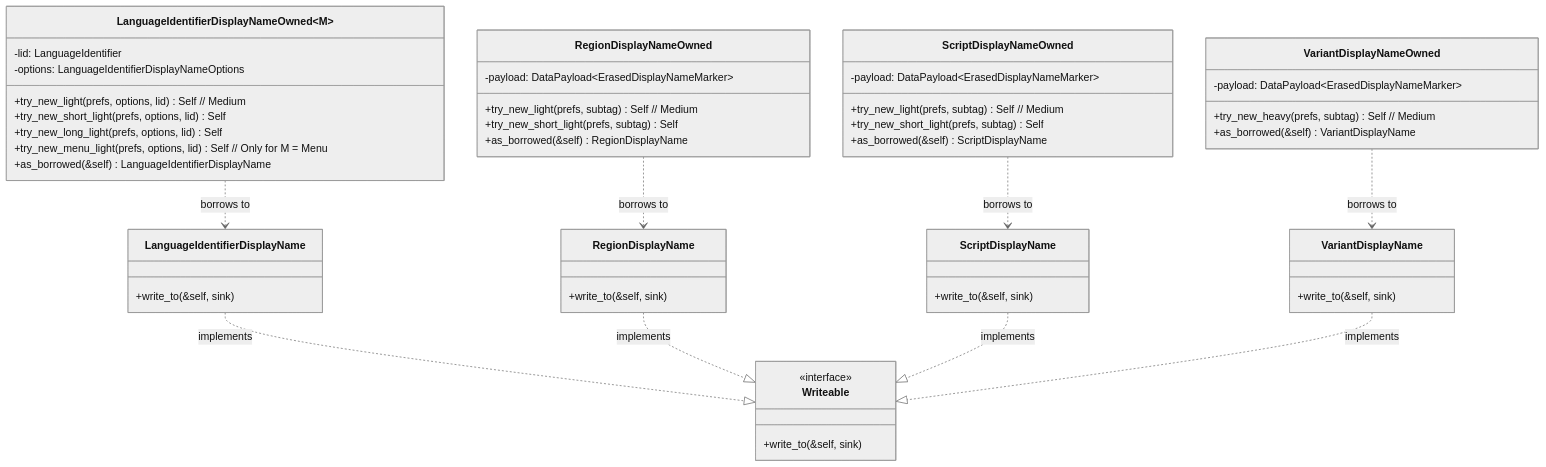
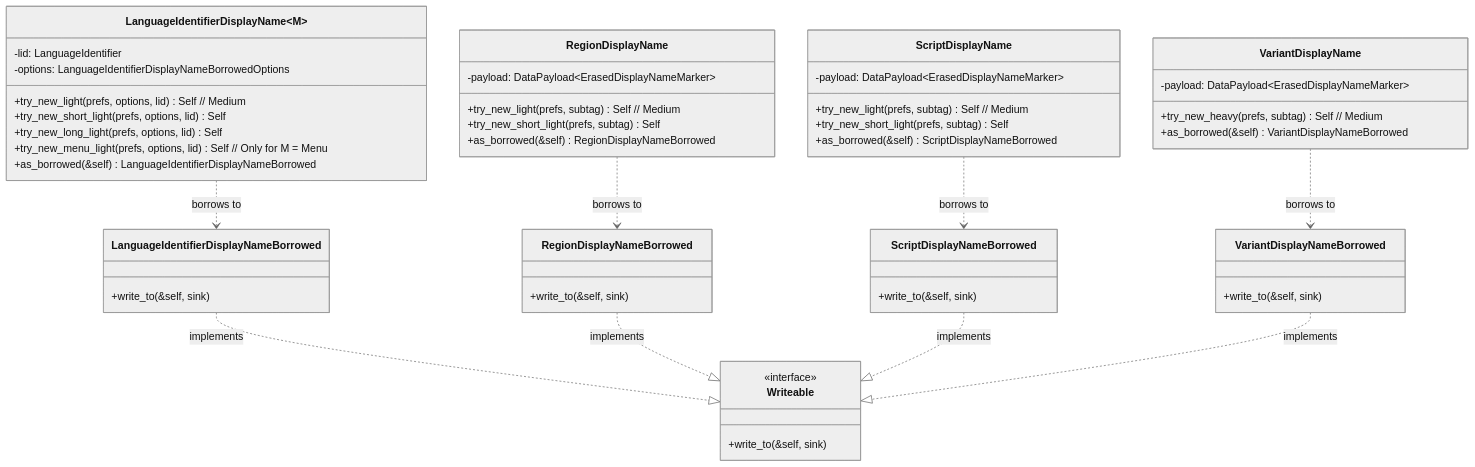
Before and after one commit to unicode-org/icu4x: the diagram in components/experimental/src/displaynames/single/README.md, drawn with Mermaid (neutral theme). The commit also changed other lines of this file and 7 other files, not shown here.

First line of the commit message:
🤖 Rename single display name types to follow new convention

````diff
--- a/components/experimental/src/displaynames/single/README.md
+++ b/components/experimental/src/displaynames/single/README.md
@@ -13,57 +13,57 @@
 ```mermaid
 classDiagram
     class Writeable {
         <<interface>>
         +write_to(&self, sink)
     }
 
-    class LanguageIdentifierDisplayNameOwned~M~ {
+    class LanguageIdentifierDisplayName~M~ {
         -lid: LanguageIdentifier
-        -options: LanguageIdentifierDisplayNameOptions
+        -options: LanguageIdentifierDisplayNameBorrowedOptions
         +try_new_light(prefs, options, lid) Self  // Medium
         +try_new_short_light(prefs, options, lid) Self
         +try_new_long_light(prefs, options, lid) Self
         +try_new_menu_light(prefs, options, lid) Self // Only for M = Menu
-        +as_borrowed(&self) LanguageIdentifierDisplayName
+        +as_borrowed(&self) LanguageIdentifierDisplayNameBorrowed
     }
-    class LanguageIdentifierDisplayName {
+    class LanguageIdentifierDisplayNameBorrowed {
         +write_to(&self, sink)
     }
-    LanguageIdentifierDisplayNameOwned ..> LanguageIdentifierDisplayName : borrows to
-    LanguageIdentifierDisplayName ..|> Writeable : implements
+    LanguageIdentifierDisplayName ..> LanguageIdentifierDisplayNameBorrowed : borrows to
+    LanguageIdentifierDisplayNameBorrowed ..|> Writeable : implements
 
-    class RegionDisplayNameOwned {
+    class RegionDisplayName {
         -payload: DataPayload~ErasedDisplayNameMarker~
         +try_new_light(prefs, subtag) Self // Medium
         +try_new_short_light(prefs, subtag) Self
-        +as_borrowed(&self) RegionDisplayName
+        +as_borrowed(&self) RegionDisplayNameBorrowed
     }
-    class RegionDisplayName {
+    class RegionDisplayNameBorrowed {
         +write_to(&self, sink)
     }
-    RegionDisplayNameOwned ..> RegionDisplayName : borrows to
-    RegionDisplayName ..|> Writeable : implements
+    RegionDisplayName ..> RegionDisplayNameBorrowed : borrows to
+    RegionDisplayNameBorrowed ..|> Writeable : implements
 
-    class ScriptDisplayNameOwned {
+    class ScriptDisplayName {
         -payload: DataPayload~ErasedDisplayNameMarker~
         +try_new_light(prefs, subtag) Self // Medium
         +try_new_short_light(prefs, subtag) Self
-        +as_borrowed(&self) ScriptDisplayName
+        +as_borrowed(&self) ScriptDisplayNameBorrowed
     }
-    class ScriptDisplayName {
+    class ScriptDisplayNameBorrowed {
         +write_to(&self, sink)
     }
-    ScriptDisplayNameOwned ..> ScriptDisplayName : borrows to
-    ScriptDisplayName ..|> Writeable : implements
+    ScriptDisplayName ..> ScriptDisplayNameBorrowed : borrows to
+    ScriptDisplayNameBorrowed ..|> Writeable : implements
 
-    class VariantDisplayNameOwned {
+    class VariantDisplayName {
         -payload: DataPayload~ErasedDisplayNameMarker~
         +try_new_heavy(prefs, subtag) Self // Medium
-        +as_borrowed(&self) VariantDisplayName
+        +as_borrowed(&self) VariantDisplayNameBorrowed
     }
-    class VariantDisplayName {
+    class VariantDisplayNameBorrowed {
         +write_to(&self, sink)
     }
-    VariantDisplayNameOwned ..> VariantDisplayName : borrows to
-    VariantDisplayName ..|> Writeable : implements
+    VariantDisplayName ..> VariantDisplayNameBorrowed : borrows to
+    VariantDisplayNameBorrowed ..|> Writeable : implements
 ```
````
